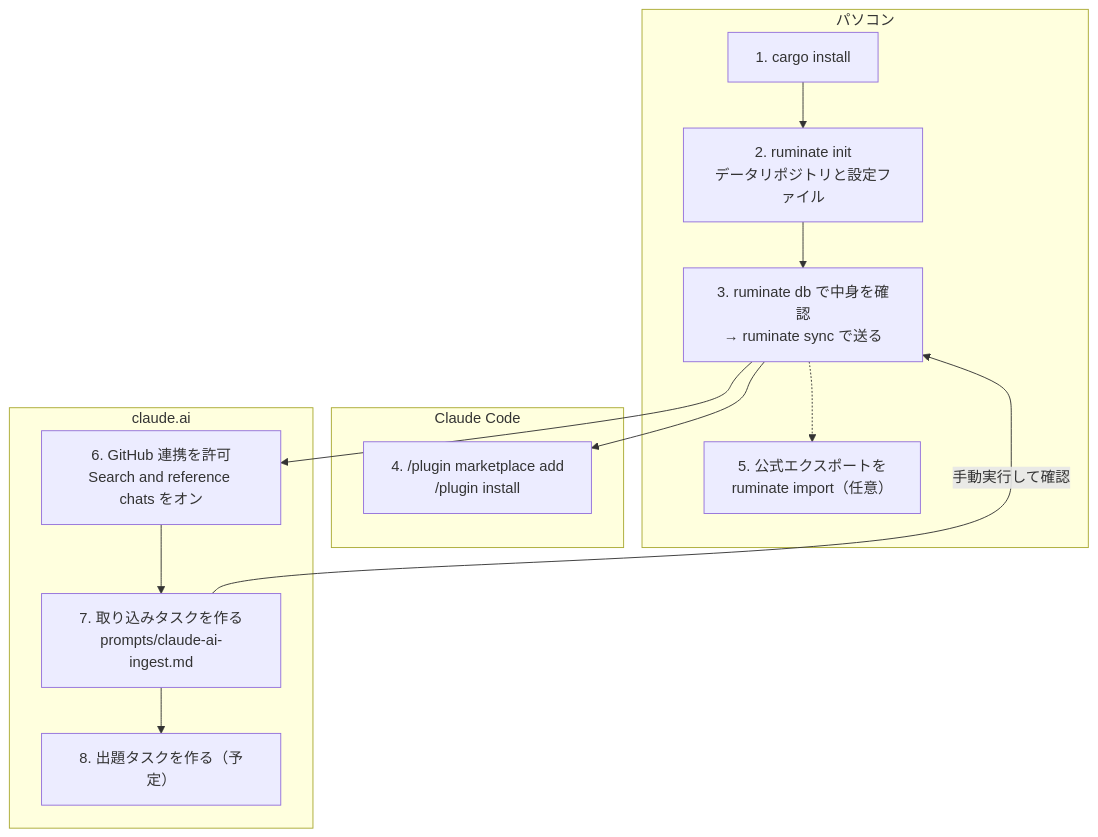
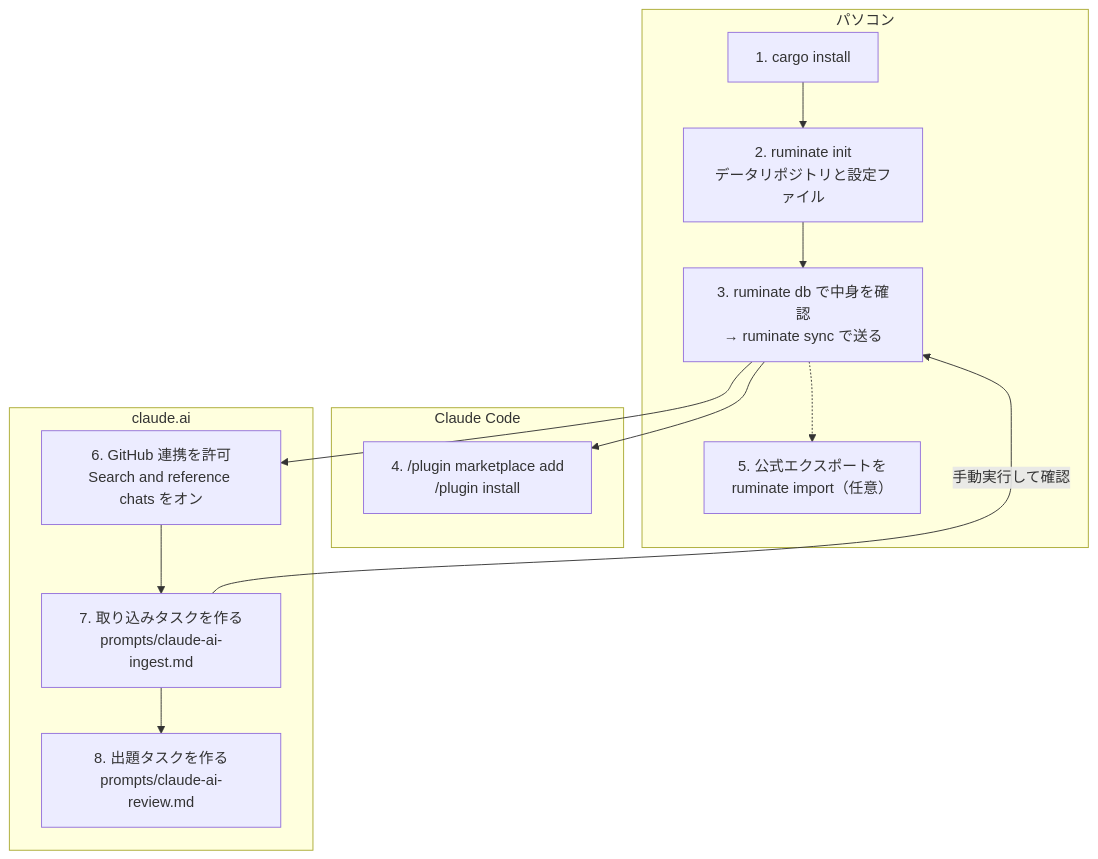
One commit to futabooo/ruminate changed the diagram in README.md. Above: the diagram before and after it, drawn with Mermaid. The commit also changed other lines of this file and 4 other files, not shown here.

````diff
--- a/README.md
+++ b/README.md
@@ -29,19 +29,19 @@
 ```mermaid
 flowchart TD
     subgraph pc["パソコン"]
         A["1. cargo install"] --> B["2. ruminate init<br/>データリポジトリと設定ファイル"]
         B --> C["3. ruminate db で中身を確認<br/>→ ruminate sync で送る"]
         C -.-> E["5. 公式エクスポートを<br/>ruminate import（任意）"]
     end
     subgraph cc["Claude Code"]
         D["4. /plugin marketplace add<br/>/plugin install"]
     end
     subgraph ai["claude.ai"]
         F["6. GitHub 連携を許可<br/>Search and reference chats をオン"]
         F --> G["7. 取り込みタスクを作る<br/>prompts/claude-ai-ingest.md"]
-        G --> H["8. 出題タスクを作る（予定）"]
+        G --> H["8. 出題タスクを作る<br/>prompts/claude-ai-review.md"]
     end
     C --> D
     C --> F
     G -- "手動実行して確認" --> C
 ```
````
